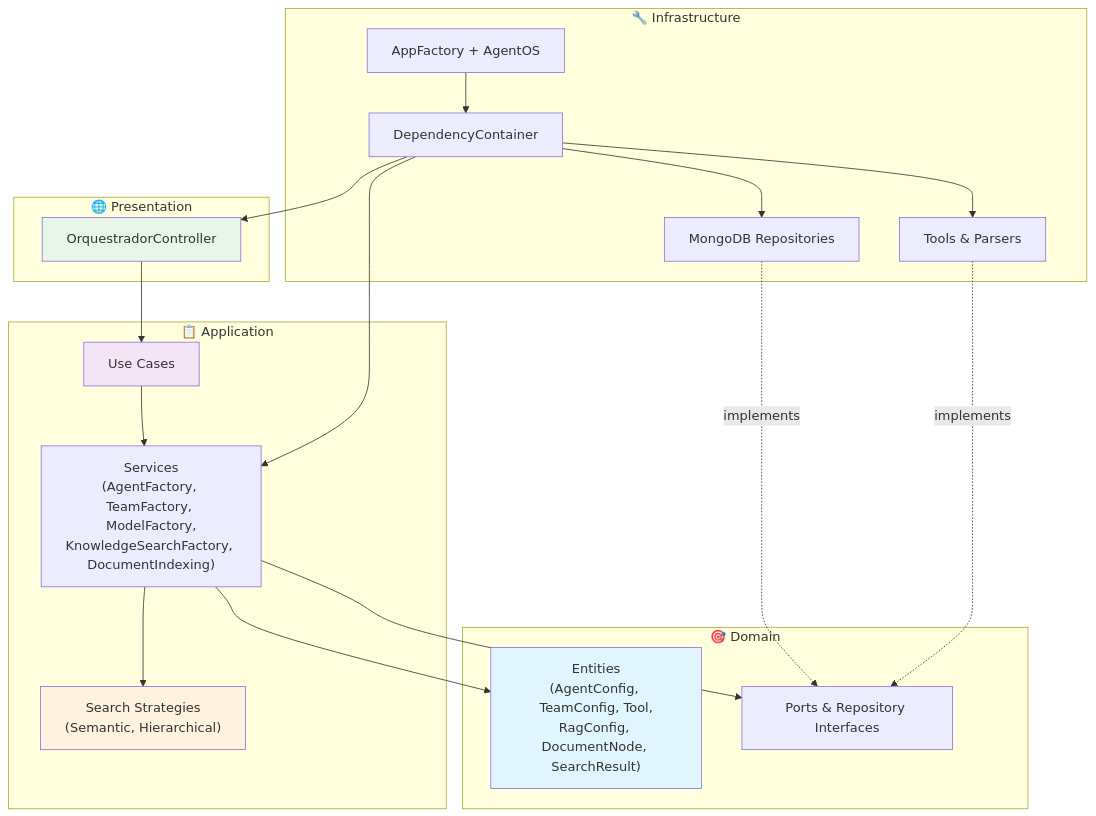
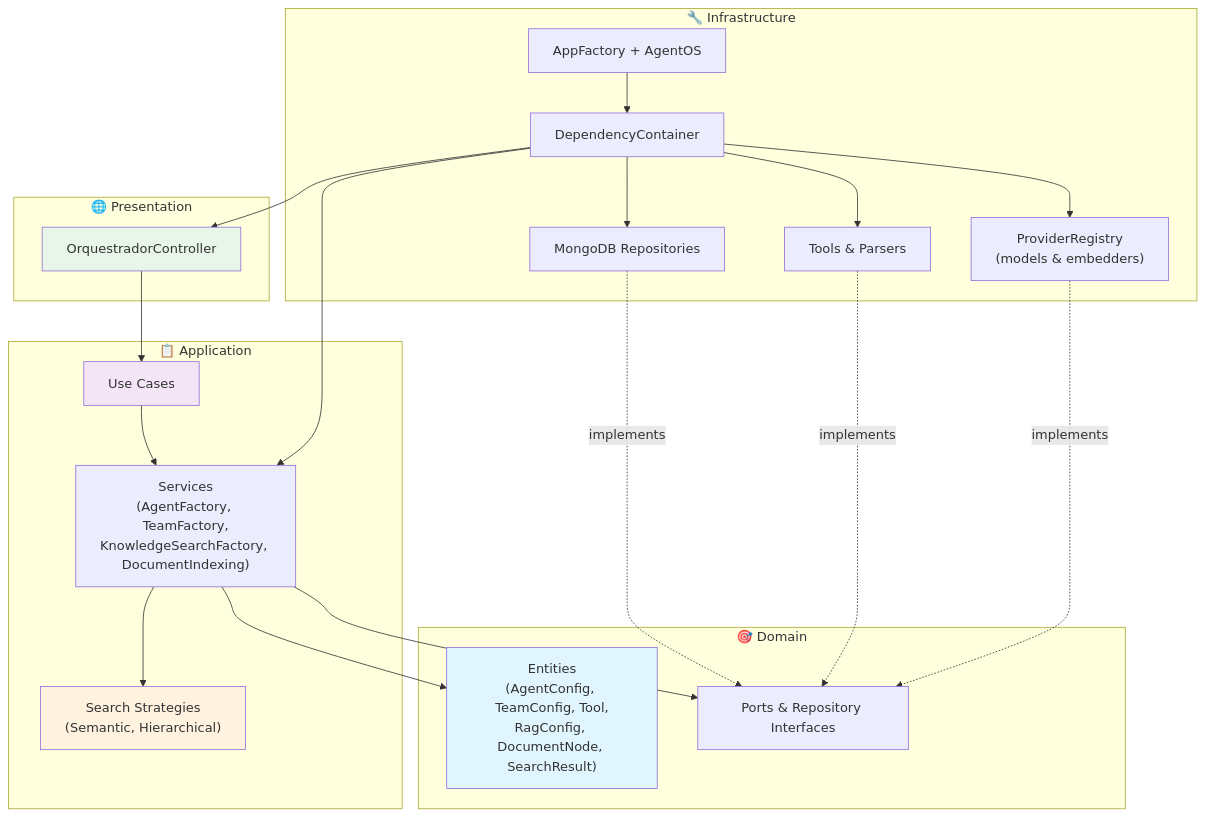
One commit to Mosfet04/orquestradorIAPythonArgo changed the diagram in README.md. Above: the diagram before and after it, drawn with Mermaid. The commit also changed other lines of this file and 65 other files, not shown here.

````diff
--- a/README.md
+++ b/README.md
@@ -56,37 +56,39 @@
 ```mermaid
 graph TB
     subgraph "🎯 Domain"
         E["Entities<br/>(AgentConfig, TeamConfig, Tool,<br/>RagConfig, DocumentNode, SearchResult)"]
         P["Ports & Repository Interfaces"]
     end
 
     subgraph "📋 Application"
         UC["Use Cases"]
-        S["Services<br/>(AgentFactory, TeamFactory, ModelFactory,<br/>KnowledgeSearchFactory, DocumentIndexing)"]
+        S["Services<br/>(AgentFactory, TeamFactory,<br/>KnowledgeSearchFactory, DocumentIndexing)"]
         SS["Search Strategies<br/>(Semantic, Hierarchical)"]
     end
 
     subgraph "🔧 Infrastructure"
         DB["MongoDB Repositories"]
         WEB["AppFactory + AgentOS"]
         DI["DependencyContainer"]
         TL["Tools & Parsers"]
+        PR["ProviderRegistry<br/>(models & embedders)"]
     end
 
     subgraph "🌐 Presentation"
         CTRL["OrquestradorController"]
     end
 
     CTRL --> UC --> S --> E
     S --> SS
     S --> P
     DB -.->|implements| P
     TL -.->|implements| P
-    DI --> CTRL & S & DB & TL
+    PR -.->|implements| P
+    DI --> CTRL & S & DB & TL & PR
     WEB --> DI
 
     style E fill:#e1f5fe
     style UC fill:#f3e5f5
     style CTRL fill:#e8f5e9
     style SS fill:#fff3e0
 ```
````
